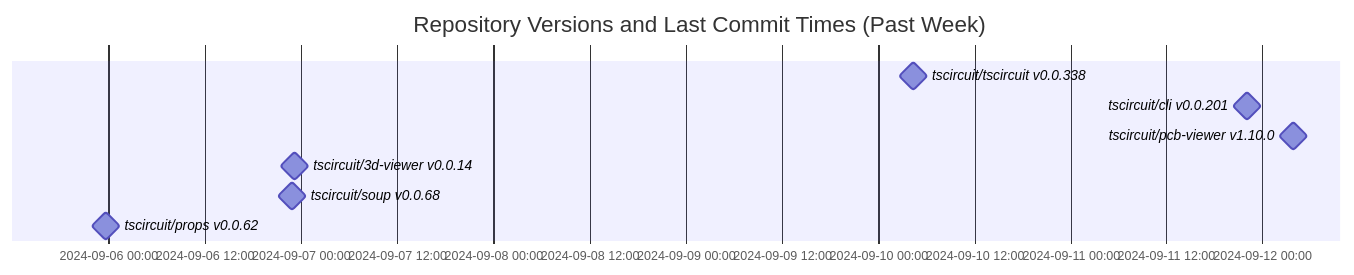
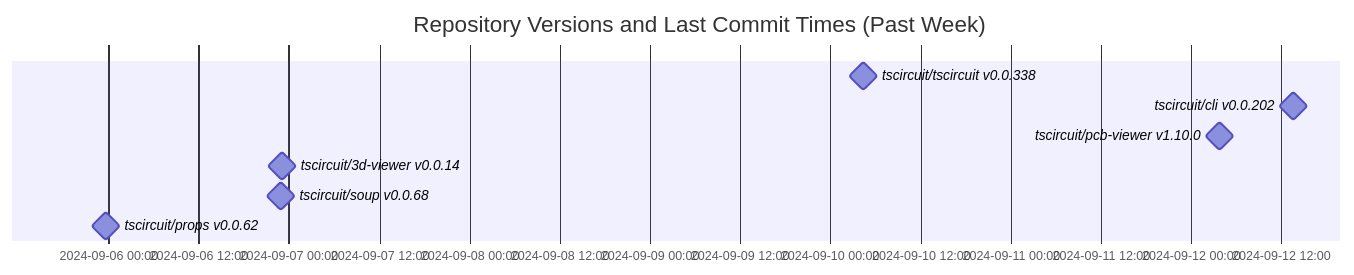
The diagram in README.md (tscircuit/version-tracker), drawn with Mermaid before and after one commit.

Commit message:
Update chart

````diff
--- a/README.md
+++ b/README.md
@@ -1,13 +1,13 @@
 ```mermaid
 gantt
   dateFormat  YYYY-MM-DD HH:mm:ss
   title Repository Versions and Last Commit Times (Past Week)
   axisFormat %Y-%m-%d %H:%M
 
   tscircuit/tscircuit v0.0.338 : milestone, 2024-09-10 04:23:10, 1s
-  tscircuit/cli v0.0.201 : milestone, 2024-09-11 22:08:08, 1s
+  tscircuit/cli v0.0.202 : milestone, 2024-09-12 13:37:53, 1s
   tscircuit/pcb-viewer v1.10.0 : milestone, 2024-09-12 03:50:17, 1s
   tscircuit/3d-viewer v0.0.14 : milestone, 2024-09-06 23:07:26, 1s
   tscircuit/soup v0.0.68 : milestone, 2024-09-06 22:51:33, 1s
   tscircuit/props v0.0.62 : milestone, 2024-09-05 23:38:33, 1s
 ```
````
